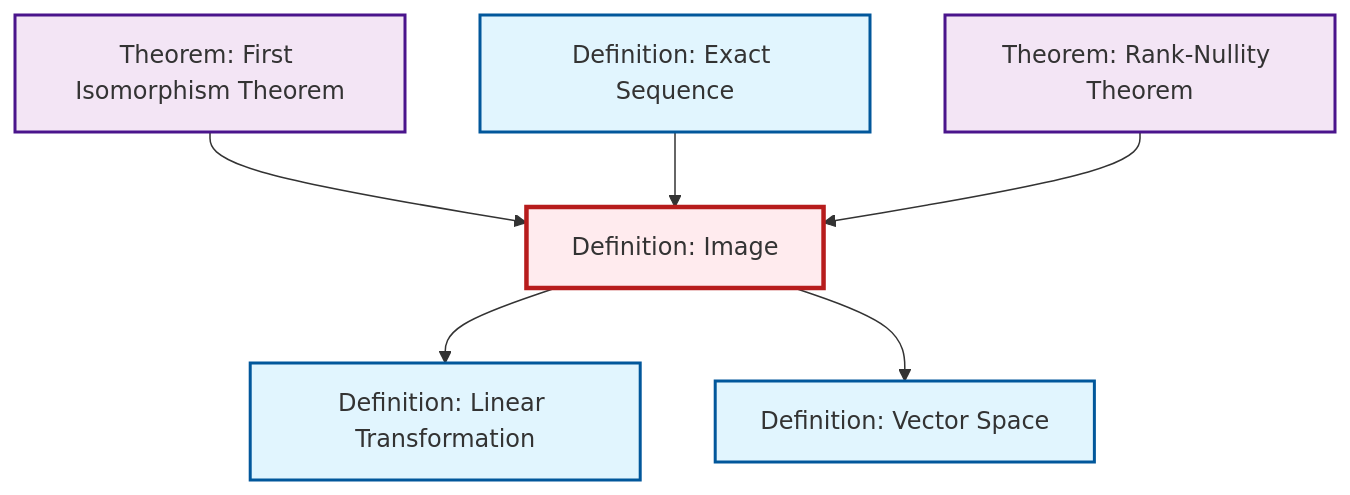
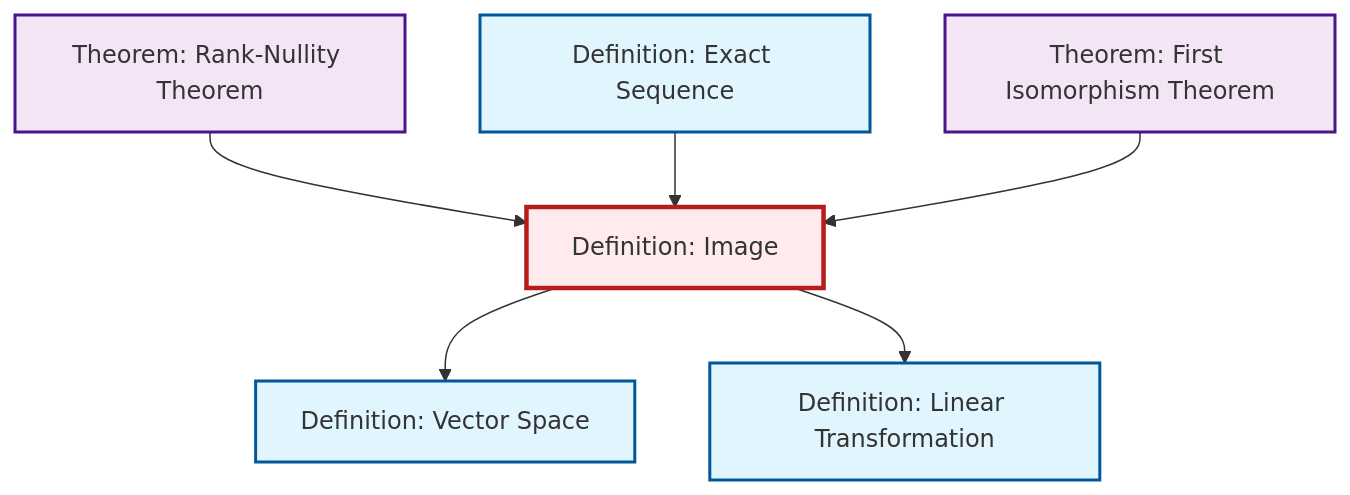
One commit to RK0429/ModernMath changed the diagram in content/en/algebra/def-image.qmd. Above: the diagram before and after it, drawn with Mermaid. The commit also changed other lines of this file and 328 other files, not shown here.

````diff
--- a/content/en/algebra/def-image.qmd
+++ b/content/en/algebra/def-image.qmd
@@ -51,26 +51,26 @@
 ```{mermaid}
 %%| fig-cap: "Local dependency graph"
 graph TD
     classDef definition fill:#e1f5fe,stroke:#01579b,stroke-width:2px
     classDef theorem fill:#f3e5f5,stroke:#4a148c,stroke-width:2px
     classDef axiom fill:#fff3e0,stroke:#e65100,stroke-width:2px
     classDef example fill:#e8f5e9,stroke:#1b5e20,stroke-width:2px
     classDef current fill:#ffebee,stroke:#b71c1c,stroke-width:3px
+    def-linear-transformation["Definition: Linear Transformation"]:::definition
+    def-vector-space["Definition: Vector Space"]:::definition
     thm-rank-nullity["Theorem: Rank-Nullity Theorem"]:::theorem
+    thm-first-isomorphism["Theorem: First Isomorphism Theorem"]:::theorem
+    def-image["Definition: Image"]:::definition
     def-exact-sequence["Definition: Exact Sequence"]:::definition
-    def-linear-transformation["Definition: Linear Transformation"]:::definition
-    thm-first-isomorphism["Theorem: First Isomorphism Theorem"]:::theorem
-    def-vector-space["Definition: Vector Space"]:::definition
-    def-image["Definition: Image"]:::definition
+    def-image --> def-vector-space
+    thm-rank-nullity --> def-image
+    def-exact-sequence --> def-image
     def-image --> def-linear-transformation
     thm-first-isomorphism --> def-image
-    def-image --> def-vector-space
-    def-exact-sequence --> def-image
-    thm-rank-nullity --> def-image
     class def-image current
+    click def-linear-transformation "def-linear-transformation.html" "Go to Linear Transformation definition"
+    click def-vector-space "def-vector-space.html" "Go to Vector Space definition"
     click thm-rank-nullity "thm-rank-nullity.html" "Go to Rank-Nullity Theorem theorem"
+    click thm-first-isomorphism "thm-first-isomorphism.html" "Go to First Isomorphism Theorem theorem"
     click def-exact-sequence "def-exact-sequence.html" "Go to Exact Sequence definition"
-    click def-linear-transformation "def-linear-transformation.html" "Go to Linear Transformation definition"
-    click thm-first-isomorphism "thm-first-isomorphism.html" "Go to First Isomorphism Theorem theorem"
-    click def-vector-space "def-vector-space.html" "Go to Vector Space definition"
 ```
````
